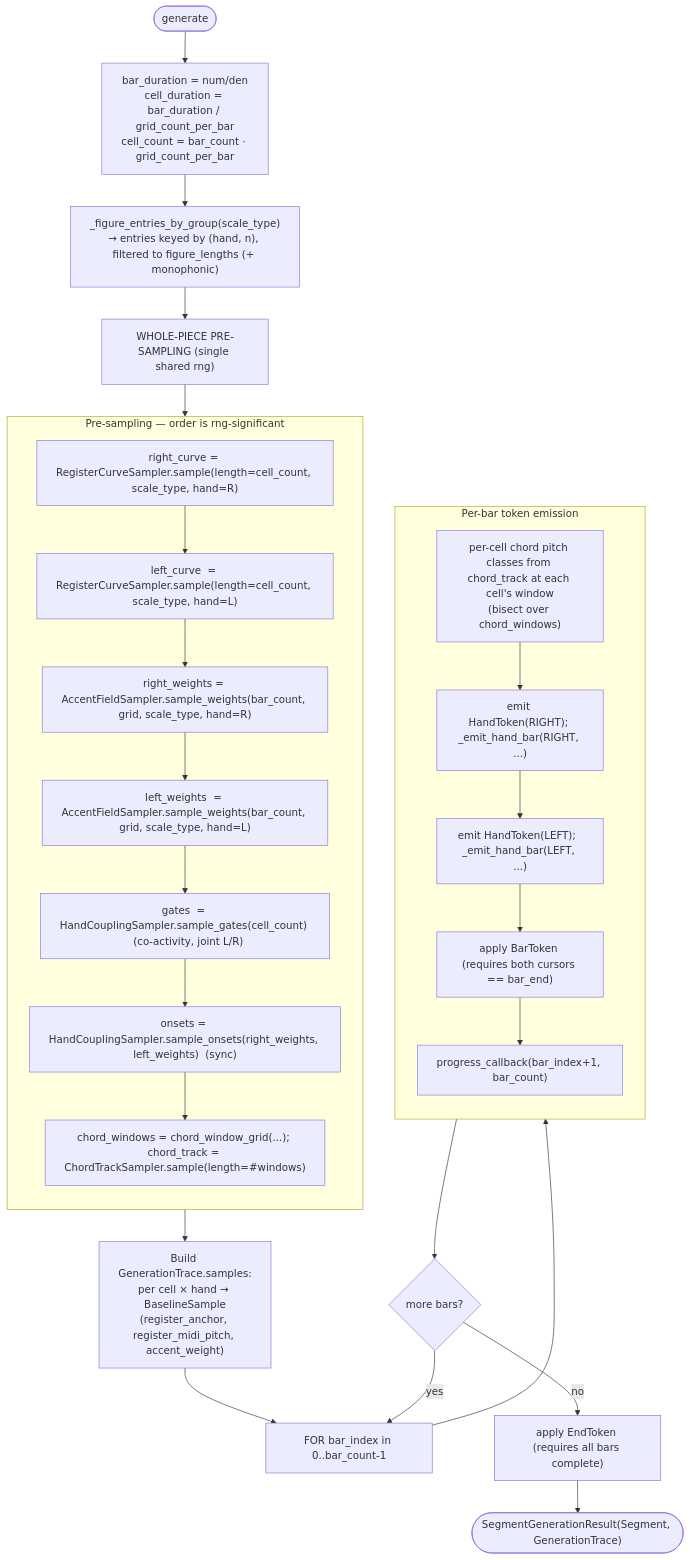
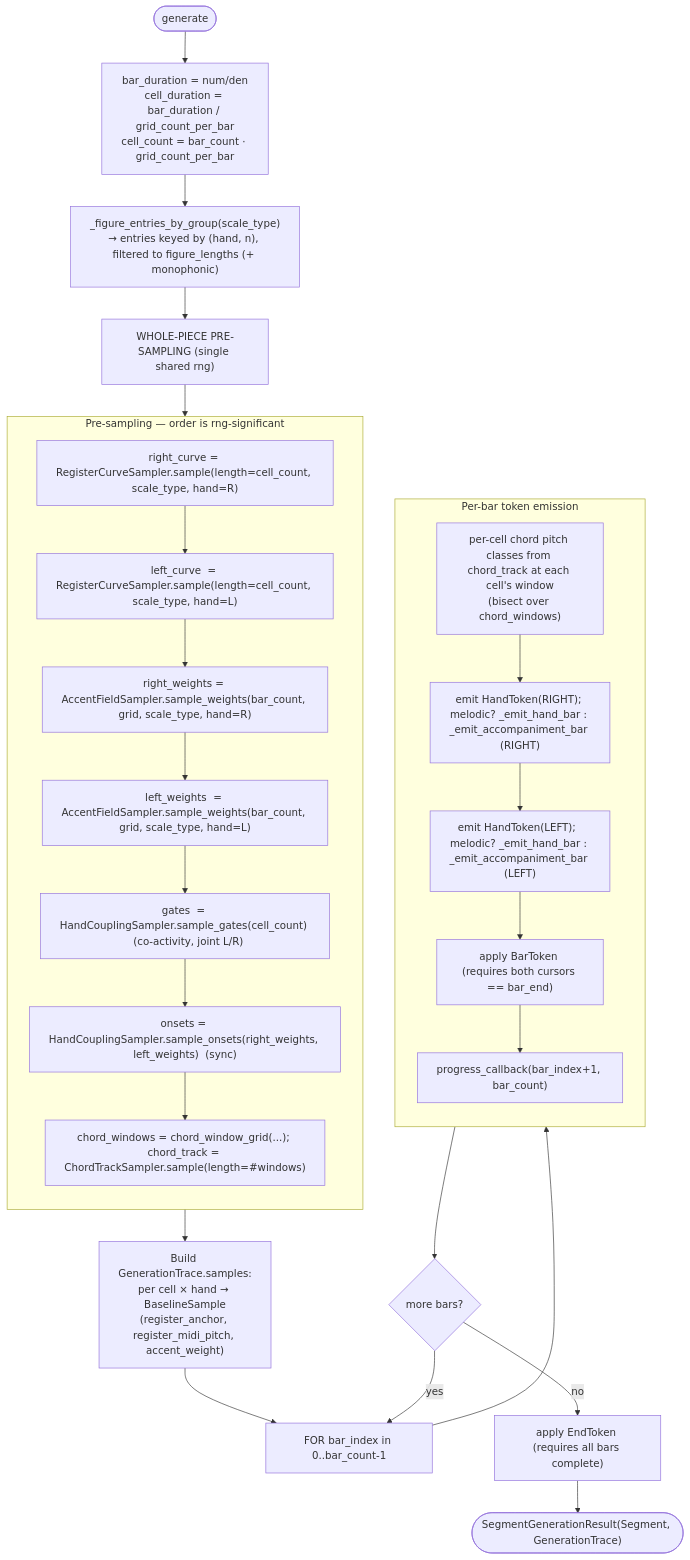
Before and after one commit to JakimPL/Musak: the fourth of 7 diagrams in docs/generator-model.md, drawn with Mermaid. The commit also changed other lines of this file and 32 other files, not shown here.

````diff
--- a/docs/generator-model.md
+++ b/docs/generator-model.md
@@ -173,36 +173,36 @@
 ```mermaid
 flowchart TB
   start([generate]) --> derive["bar_duration = num/den<br/>cell_duration = bar_duration / grid_count_per_bar<br/>cell_count = bar_count · grid_count_per_bar"]
   derive --> group["_figure_entries_by_group(scale_type)<br/>→ entries keyed by (hand, n), filtered to figure_lengths (+ monophonic)"]
 
   group --> presample["WHOLE-PIECE PRE-SAMPLING (single shared rng)"]
   subgraph presample_box["Pre-sampling — order is rng-significant"]
     direction TB
     p1["right_curve = RegisterCurveSampler.sample(length=cell_count, scale_type, hand=R)"]
     p2["left_curve  = RegisterCurveSampler.sample(length=cell_count, scale_type, hand=L)"]
     p3["right_weights = AccentFieldSampler.sample_weights(bar_count, grid, scale_type, hand=R)"]
     p4["left_weights  = AccentFieldSampler.sample_weights(bar_count, grid, scale_type, hand=L)"]
     p5["gates  = HandCouplingSampler.sample_gates(cell_count)   (co-activity, joint L/R)"]
     p6["onsets = HandCouplingSampler.sample_onsets(right_weights, left_weights)  (sync)"]
     p7["chord_windows = chord_window_grid(...); chord_track = ChordTrackSampler.sample(length=#windows)"]
     p1-->p2-->p3-->p4-->p5-->p6-->p7
   end
   presample --> presample_box
 
   presample_box --> trace["Build GenerationTrace.samples:<br/>per cell × hand → BaselineSample<br/>(register_anchor, register_midi_pitch, accent_weight)"]
 
   trace --> loop["FOR bar_index in 0..bar_count-1"]
   subgraph barloop["Per-bar token emission"]
     direction TB
     cpcs["per-cell chord pitch classes from chord_track at each cell's window<br/>(bisect over chord_windows)"]
-    cpcs --> hr["emit HandToken(RIGHT); _emit_hand_bar(RIGHT, ...)"]
-    hr --> hl["emit HandToken(LEFT);  _emit_hand_bar(LEFT, ...)"]
+    cpcs --> hr["emit HandToken(RIGHT); melodic? _emit_hand_bar : _emit_accompaniment_bar (RIGHT)"]
+    hr --> hl["emit HandToken(LEFT);  melodic? _emit_hand_bar : _emit_accompaniment_bar (LEFT)"]
     hl --> bar["apply BarToken (requires both cursors == bar_end)"]
     bar --> prog["progress_callback(bar_index+1, bar_count)"]
   end
   loop --> barloop
   barloop --> nextbar{"more bars?"}
   nextbar -- yes --> loop
   nextbar -- no --> endtok["apply EndToken (requires all bars complete)"]
   endtok --> result(["SegmentGenerationResult(Segment, GenerationTrace)"])
 ```
````
